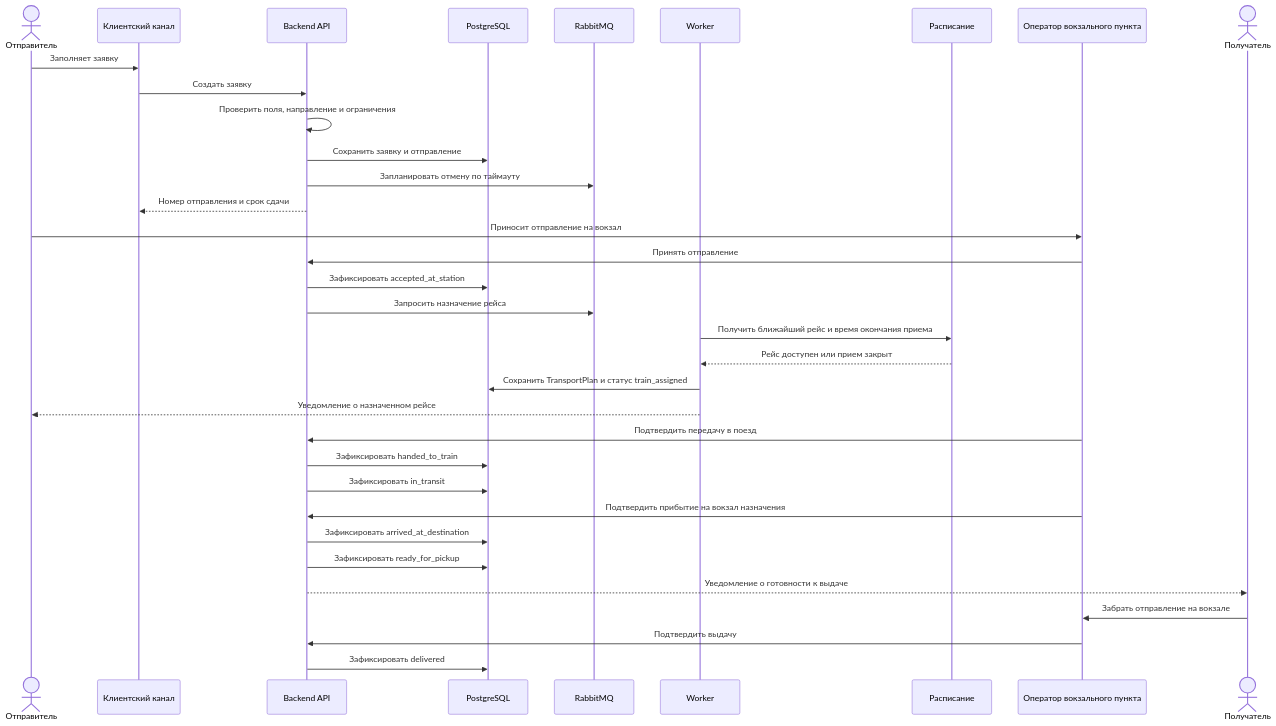
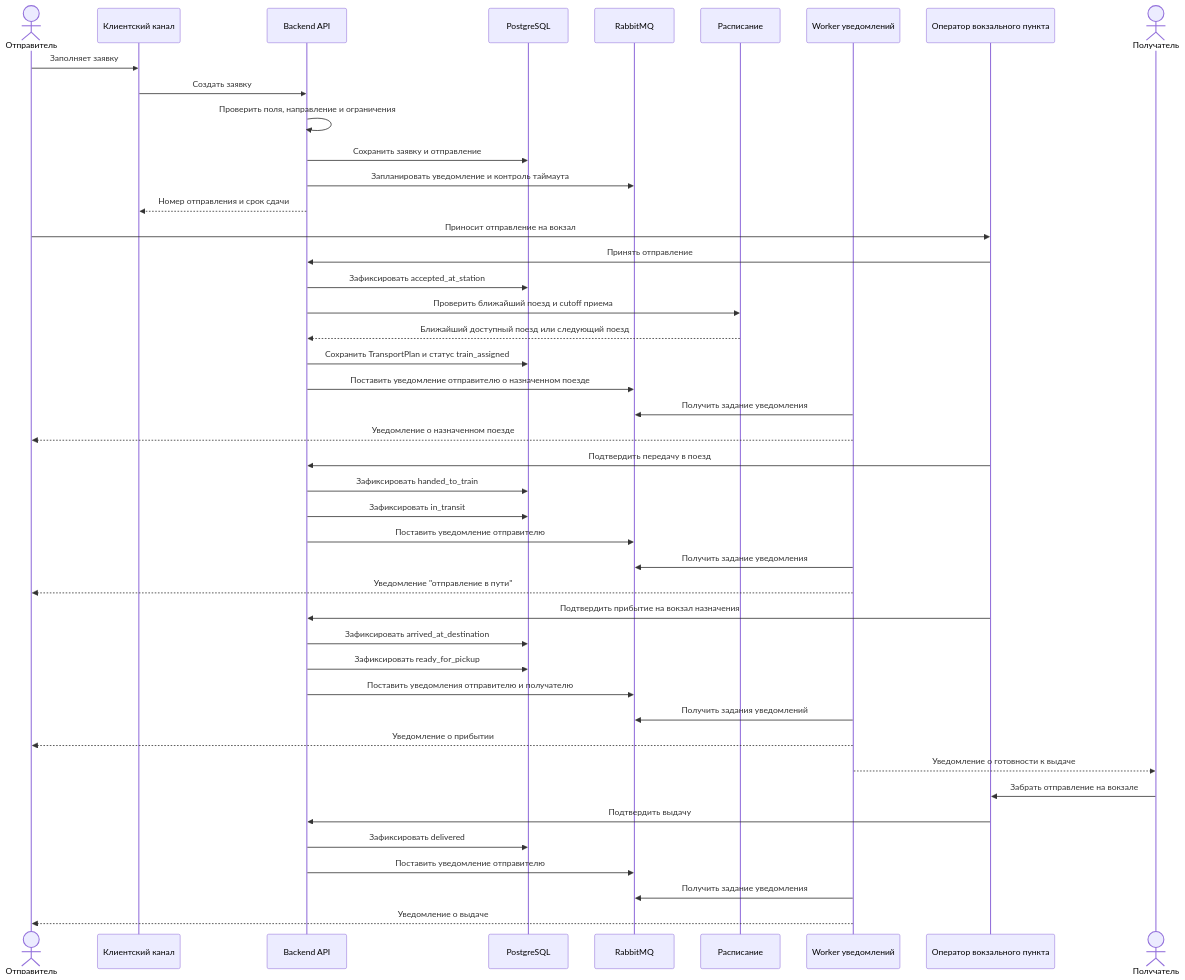
The first of 2 diagrams in 06-сценарии-и-потоки.md (W1zzK1/Plan-dissertation), drawn with Mermaid before and after one commit. The commit also changed other lines of this file and 10 other files, not shown here.

````diff
--- a/06-сценарии-и-потоки.md
+++ b/06-сценарии-и-потоки.md
@@ -5,39 +5,49 @@
 ```mermaid
 sequenceDiagram
     actor Sender as Отправитель
     participant Client as Клиентский канал
     participant API as Backend API
     participant DB as PostgreSQL
     participant Queue as RabbitMQ
-    participant Worker as Worker
     participant Schedule as Расписание
+    participant NotifyWorker as Worker уведомлений
     participant Operator as Оператор вокзального пункта
     actor Recipient as Получатель
 
     Sender->>Client: Заполняет заявку
     Client->>API: Создать заявку
     API->>API: Проверить поля, направление и ограничения
     API->>DB: Сохранить заявку и отправление
-    API->>Queue: Запланировать отмену по таймауту
+    API->>Queue: Запланировать уведомление и контроль таймаута
     API-->>Client: Номер отправления и срок сдачи
 
     Sender->>Operator: Приносит отправление на вокзал
     Operator->>API: Принять отправление
     API->>DB: Зафиксировать accepted_at_station
-    API->>Queue: Запросить назначение рейса
-    Worker->>Schedule: Получить ближайший рейс и время окончания приема
-    Schedule-->>Worker: Рейс доступен или прием закрыт
-    Worker->>DB: Сохранить TransportPlan и статус train_assigned
-    Worker-->>Sender: Уведомление о назначенном рейсе
+    API->>Schedule: Проверить ближайший поезд и cutoff приема
+    Schedule-->>API: Ближайший доступный поезд или следующий поезд
+    API->>DB: Сохранить TransportPlan и статус train_assigned
+    API->>Queue: Поставить уведомление отправителю о назначенном поезде
+    NotifyWorker->>Queue: Получить задание уведомления
+    NotifyWorker-->>Sender: Уведомление о назначенном поезде
 
     Operator->>API: Подтвердить передачу в поезд
     API->>DB: Зафиксировать handed_to_train
     API->>DB: Зафиксировать in_transit
+    API->>Queue: Поставить уведомление отправителю
+    NotifyWorker->>Queue: Получить задание уведомления
+    NotifyWorker-->>Sender: Уведомление "отправление в пути"
     Operator->>API: Подтвердить прибытие на вокзал назначения
     API->>DB: Зафиксировать arrived_at_destination
     API->>DB: Зафиксировать ready_for_pickup
-    API-->>Recipient: Уведомление о готовности к выдаче
+    API->>Queue: Поставить уведомления отправителю и получателю
+    NotifyWorker->>Queue: Получить задания уведомлений
+    NotifyWorker-->>Sender: Уведомление о прибытии
+    NotifyWorker-->>Recipient: Уведомление о готовности к выдаче
     Recipient->>Operator: Забрать отправление на вокзале
     Operator->>API: Подтвердить выдачу
     API->>DB: Зафиксировать delivered
+    API->>Queue: Поставить уведомление отправителю
+    NotifyWorker->>Queue: Получить задание уведомления
+    NotifyWorker-->>Sender: Уведомление о выдаче
 ```
````
